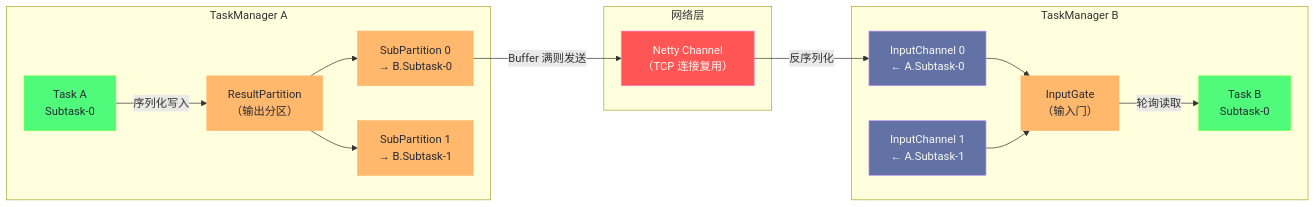
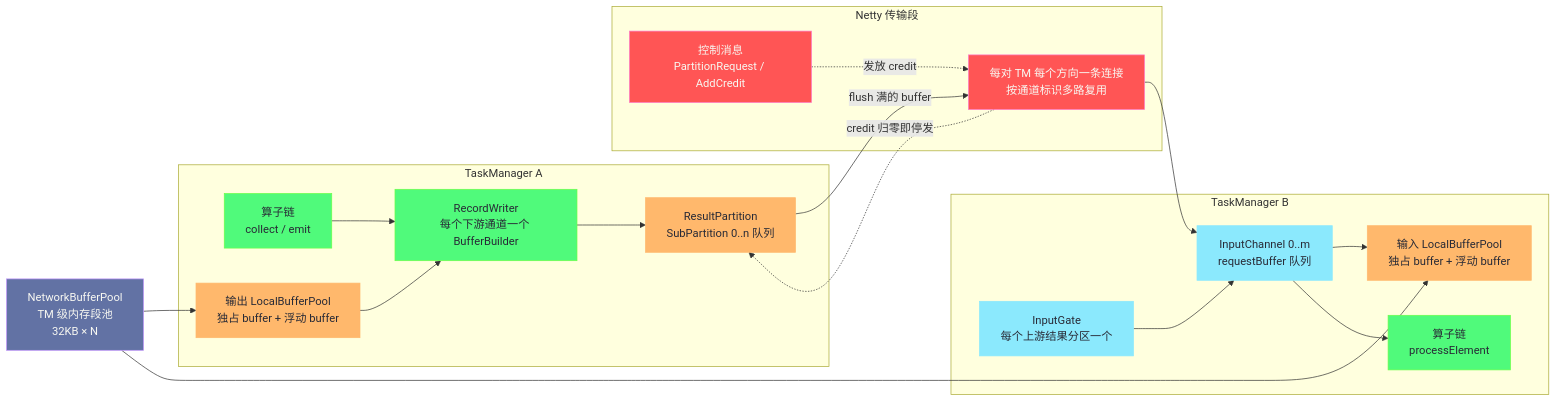
One commit to hpliStartAgain/my-brain changed the first of 5 diagrams in content/大数据/Flink/Flink原理深度解析与性能优化/04 Flink 网络传输与反压机制深度解析.md. Above: the diagram before and after it, drawn with Mermaid. The commit also changed other lines of this file and 455 other files, not shown here.

````diff
--- a/content/大数据/Flink/Flink原理深度解析与性能优化/04 Flink 网络传输与反压机制深度解析.md
+++ b/content/大数据/Flink/Flink原理深度解析与性能优化/04 Flink 网络传输与反压机制深度解析.md
@@ -21,35 +35,42 @@
 ```mermaid
 %%{init: {'theme': 'dracula'}}%%
-graph LR
-    classDef task fill:#50fa7b,stroke:#69ff47,color:#282a36
-    classDef buffer fill:#ffb86c,stroke:#ffb86c,color:#282a36
-    classDef channel fill:#6272a4,stroke:#bd93f9,color:#f8f8f2
-    classDef network fill:#ff5555,stroke:#ff79c6,color:#f8f8f2
+flowchart LR
+    classDef op fill:#50fa7b,stroke:#69ff47,color:#282a36
+    classDef pool fill:#ffb86c,stroke:#ffb86c,color:#282a36
+    classDef net fill:#ff5555,stroke:#ff79c6,color:#f8f8f2
+    classDef gate fill:#8be9fd,stroke:#8be9fd,color:#282a36
+    classDef meta fill:#6272a4,stroke:#bd93f9,color:#f8f8f2
 
-    subgraph "TaskManager A"
-        TA["Task A</br>Subtask-0"]:::task
-        RP["ResultPartition</br>（输出分区）"]:::buffer
-        SP0["SubPartition 0</br>→ B.Subtask-0"]:::buffer
-        SP1["SubPartition 1</br>→ B.Subtask-1"]:::buffer
+    subgraph TMA["TaskManager A"]
+        OPA["算子链<br/>collect / emit"]:::op
+        RW["RecordWriter<br/>每个下游通道一个 BufferBuilder"]:::op
+        RP["ResultPartition<br/>SubPartition 0..n 队列"]:::pool
+        OLP["输出 LocalBufferPool<br/>独占 buffer + 浮动 buffer"]:::pool
     end
 
-    subgraph "网络层"
-        NET["Netty Channel</br>（TCP 连接复用）"]:::network
+    subgraph NET["Netty 传输段"]
+        NC["每对 TM 每个方向一条连接<br/>按通道标识多路复用"]:::net
+        CTL["控制消息<br/>PartitionRequest / AddCredit"]:::net
     end
 
-    subgraph "TaskManager B"
-        IG["InputGate</br>（输入门）"]:::buffer
-        IC0["InputChannel 0</br>← A.Subtask-0"]:::channel
-        IC1["InputChannel 1</br>← A.Subtask-1"]:::channel
-        TB["Task B</br>Subtask-0"]:::task
+    subgraph TMB["TaskManager B"]
+        IG["InputGate<br/>每个上游结果分区一个"]:::gate
+        IC["InputChannel 0..m<br/>requestBuffer 队列"]:::gate
+        ILP["输入 LocalBufferPool<br/>独占 buffer + 浮动 buffer"]:::pool
+        OPB["算子链<br/>processElement"]:::op
     end
 
-    TA -->|"序列化写入"| RP
-    RP --> SP0
-    RP --> SP1
-    SP0 -->|"Buffer 满则发送"| NET
-    NET -->|"反序列化"| IC0
-    IC0 --> IG
-    IC1 --> IG
-    IG -->|"轮询读取"| TB
+    NBP["NetworkBufferPool<br/>TM 级内存段池<br/>32KB × N"]:::meta
+
+    OPA --> RW --> RP
+    OLP --> RW
+    NBP --> OLP
+    RP -->|"flush 满的 buffer"| NC
+    NC --> IC
+    IC --> ILP
+    NBP --> ILP
+    IG --> IC
+    IC --> OPB
+    CTL -.->|"发放 credit"| NC
+    NC -.->|"credit 归零即停发"| RP
 ```
````
